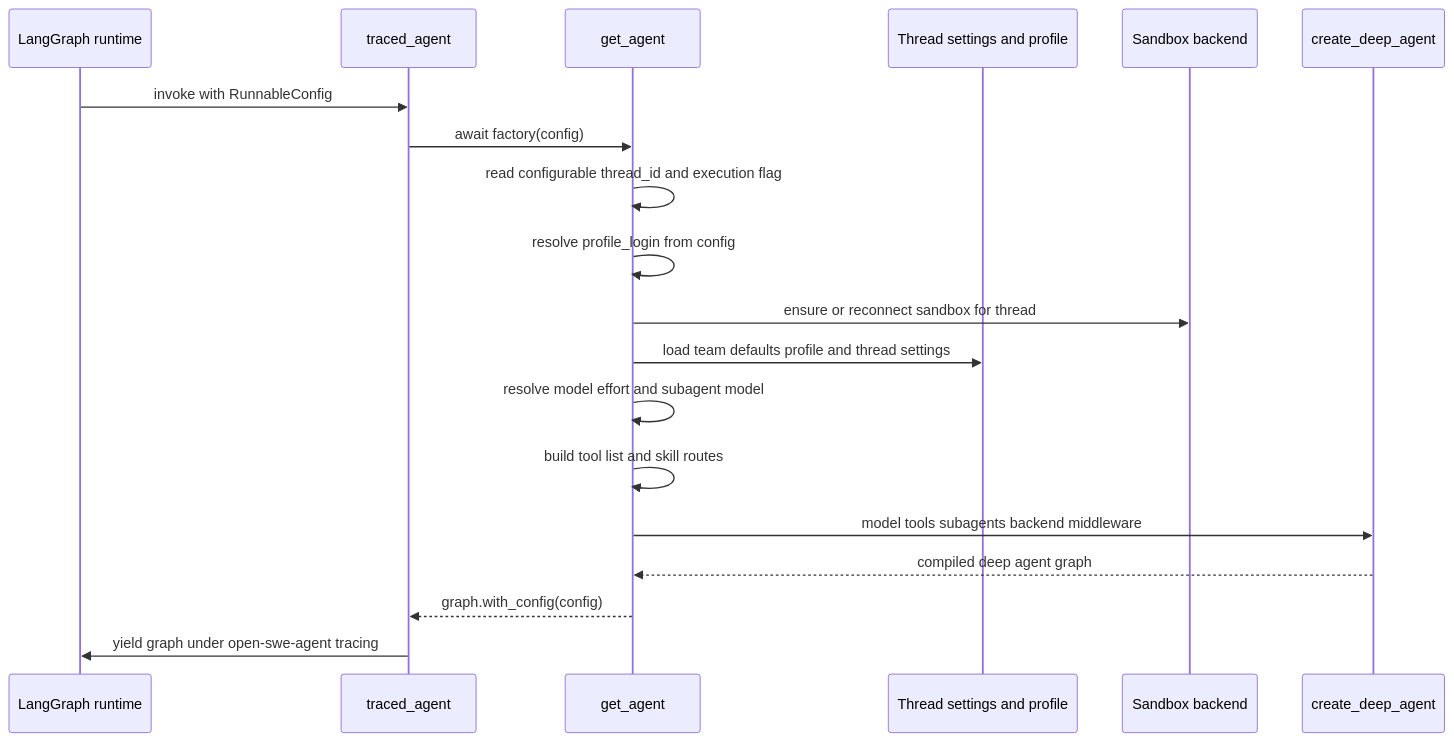
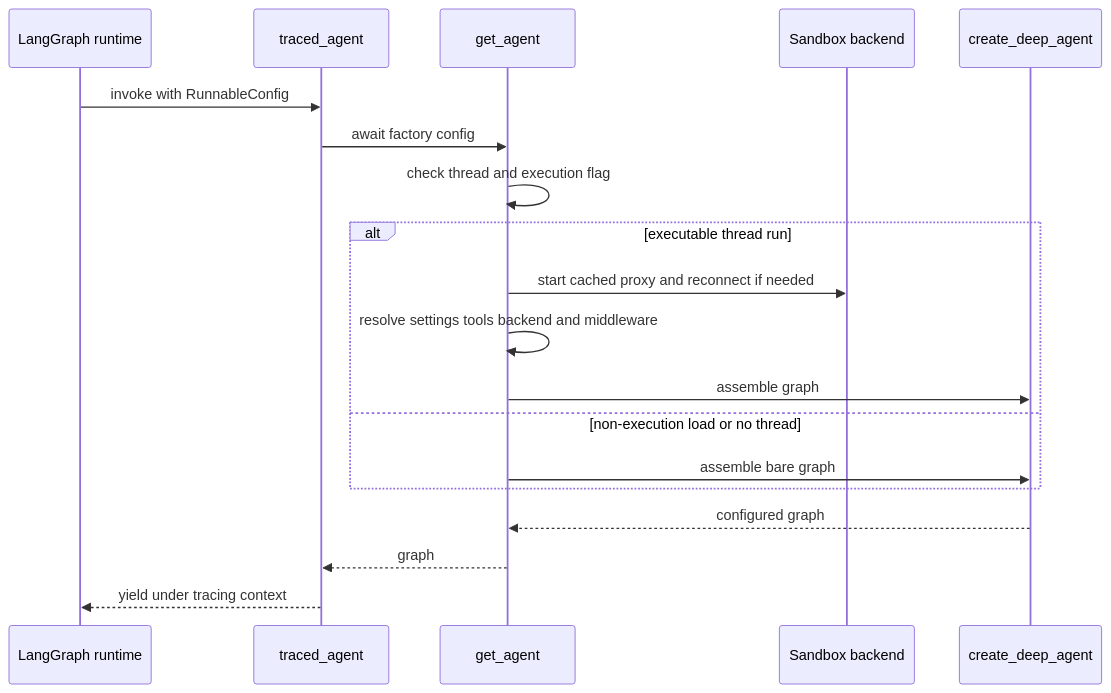
One commit to langchain-ai/open-swe changed the first of 2 diagrams in openwiki/architecture/agent-graph.md. Above: the diagram before and after it, drawn with Mermaid. The commit also changed other lines of this file and 14 other files, not shown here.

````diff
--- a/openwiki/architecture/agent-graph.md
+++ b/openwiki/architecture/agent-graph.md
@@ -55,22 +45,22 @@
 ```mermaid
 sequenceDiagram
-    participant LG as LangGraph runtime
-    participant TA as traced_agent
-    participant GA as get_agent
-    participant TS as Thread settings and profile
-    participant SB as Sandbox backend
-    participant CDA as create_deep_agent
+    participant Runtime as LangGraph runtime
+    participant Entry as traced_agent
+    participant Factory as get_agent
+    participant Sandbox as Sandbox backend
+    participant Deep as create_deep_agent
 
-    LG->>TA: invoke with RunnableConfig
-    TA->>GA: await factory(config)
-    GA->>GA: read configurable thread_id and execution flag
-    GA->>GA: resolve profile_login from config
-    GA->>SB: ensure or reconnect sandbox for thread
-    GA->>TS: load team defaults profile and thread settings
-    GA->>GA: resolve model effort and subagent model
-    GA->>GA: build tool list and skill routes
-    GA->>CDA: model tools subagents backend middleware
-    CDA-->>GA: compiled deep agent graph
-    GA-->>TA: graph.with_config(config)
-    TA->>LG: yield graph under open-swe-agent tracing
+    Runtime->>Entry: invoke with RunnableConfig
+    Entry->>Factory: await factory config
+    Factory->>Factory: check thread and execution flag
+    alt executable thread run
+        Factory->>Sandbox: start cached proxy and reconnect if needed
+        Factory->>Factory: resolve settings tools backend and middleware
+        Factory->>Deep: assemble graph
+    else non-execution load or no thread
+        Factory->>Deep: assemble bare graph
+    end
+    Deep-->>Factory: configured graph
+    Factory-->>Entry: graph
+    Entry-->>Runtime: yield under tracing context
 ```
````
